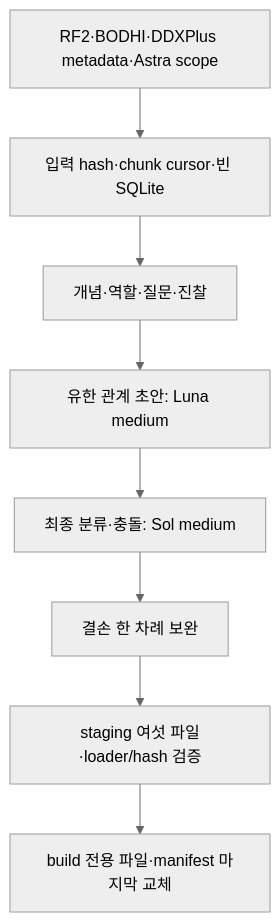
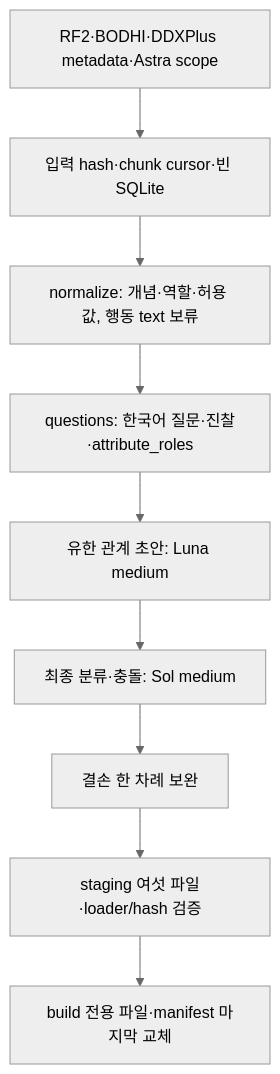
The third of 3 diagrams in submission/README.md (devRestain/Ontoward), drawn with Mermaid (neutral theme) before and after one commit. The commit also changed other lines of this file and 16 other files, not shown here.

````diff
--- a/submission/README.md
+++ b/submission/README.md
@@ -159,10 +161,11 @@
 ```mermaid
 flowchart TD
     Sources["RF2·BODHI·DDXPlus metadata·Astra scope"] --> Index["입력 hash·chunk cursor·빈 SQLite"]
-    Index --> Normalize["개념·역할·질문·진찰"]
-    Normalize --> Draft["유한 관계 초안: Luna medium"]
+    Index --> Normalize["normalize: 개념·역할·허용 값, 행동 text 보류"]
+    Normalize --> Questions["questions: 한국어 질문·진찰·attribute_roles"]
+    Questions --> Draft["유한 관계 초안: Luna medium"]
     Draft --> Final["최종 분류·충돌: Sol medium"]
     Final --> Gaps["결손 한 차례 보완"]
     Gaps --> Stage["staging 여섯 파일·loader/hash 검증"]
     Stage --> Install["build 전용 파일·manifest 마지막 교체"]
 ```
````
